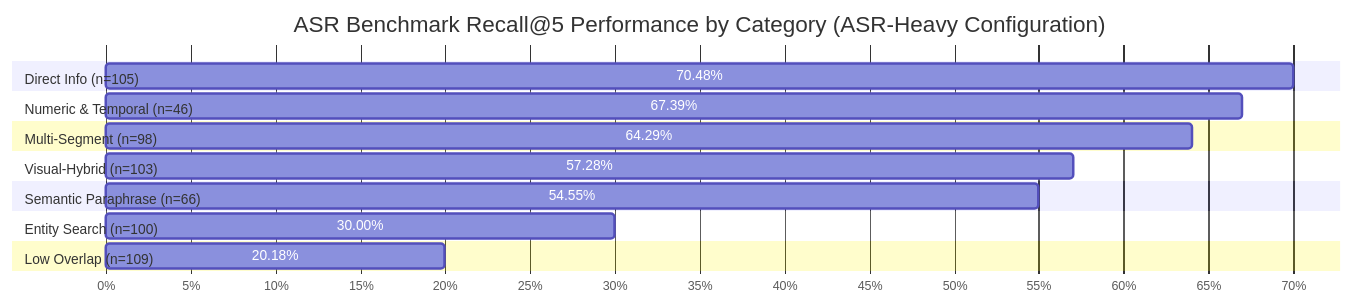
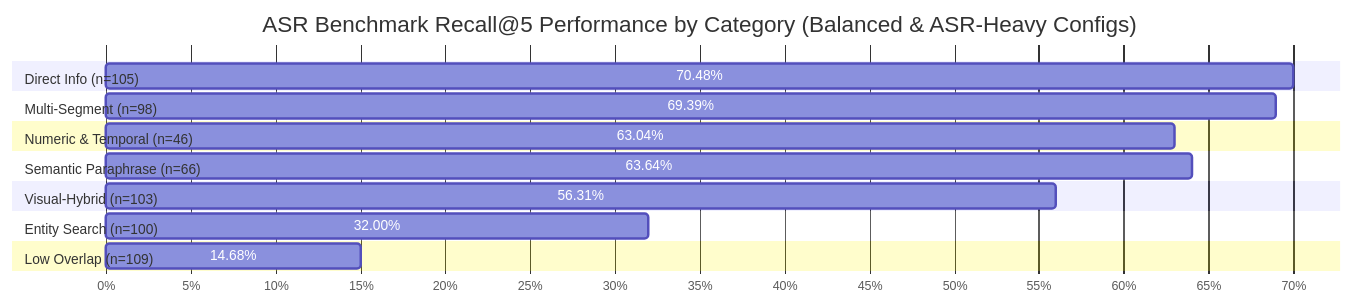
The fifth of 6 diagrams in full_system_and_benchmark_report.md (TotallyNotMinh/Multi-Modal-Video-Retrieval), drawn with Mermaid before and after one commit. The commit also changed other lines of this file and 3 other files, not shown here.

````diff
--- a/full_system_and_benchmark_report.md
+++ b/full_system_and_benchmark_report.md
@@ -126,20 +290,20 @@
 ```mermaid
 gantt
-    title ASR Benchmark Recall@5 Performance by Category (ASR-Heavy Configuration)
+    title ASR Benchmark Recall@5 Performance by Category (Balanced & ASR-Heavy Configs)
     dateFormat X
     axisFormat %s%%
     section Direct Info (n=105)
     70.48% : 0, 70
+    section Multi-Segment (n=98)
+    69.39% : 0, 69
     section Numeric & Temporal (n=46)
-    67.39% : 0, 67
-    section Multi-Segment (n=98)
-    64.29% : 0, 64
+    63.04% : 0, 63
+    section Semantic Paraphrase (n=66)
+    63.64% : 0, 64
     section Visual-Hybrid (n=103)
-    57.28% : 0, 57
-    section Semantic Paraphrase (n=66)
-    54.55% : 0, 55
+    56.31% : 0, 56
     section Entity Search (n=100)
-    30.00% : 0, 30
+    32.00% : 0, 32
     section Low Overlap (n=109)
-    20.18% : 0, 20
+    14.68% : 0, 15
 ```
````
